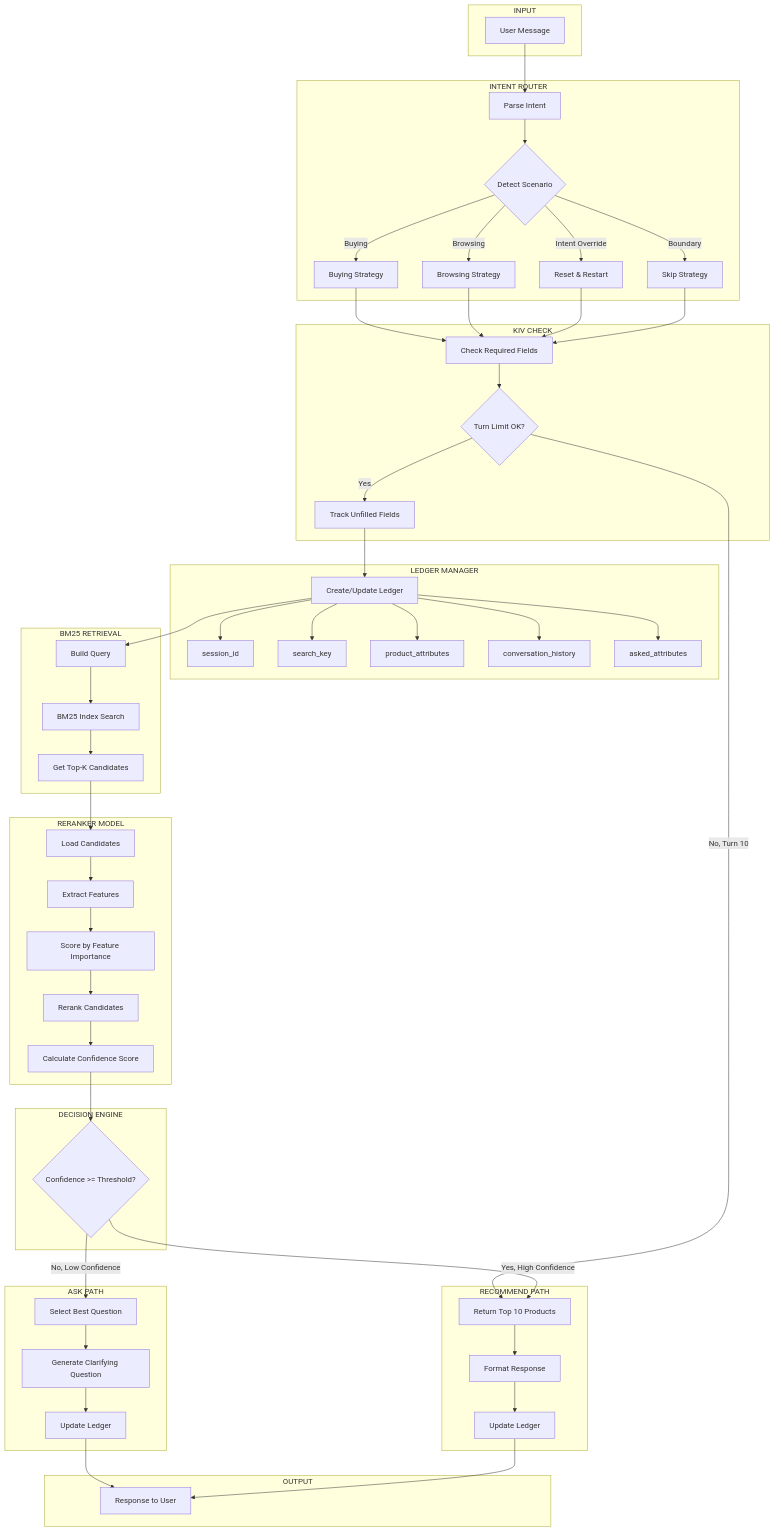
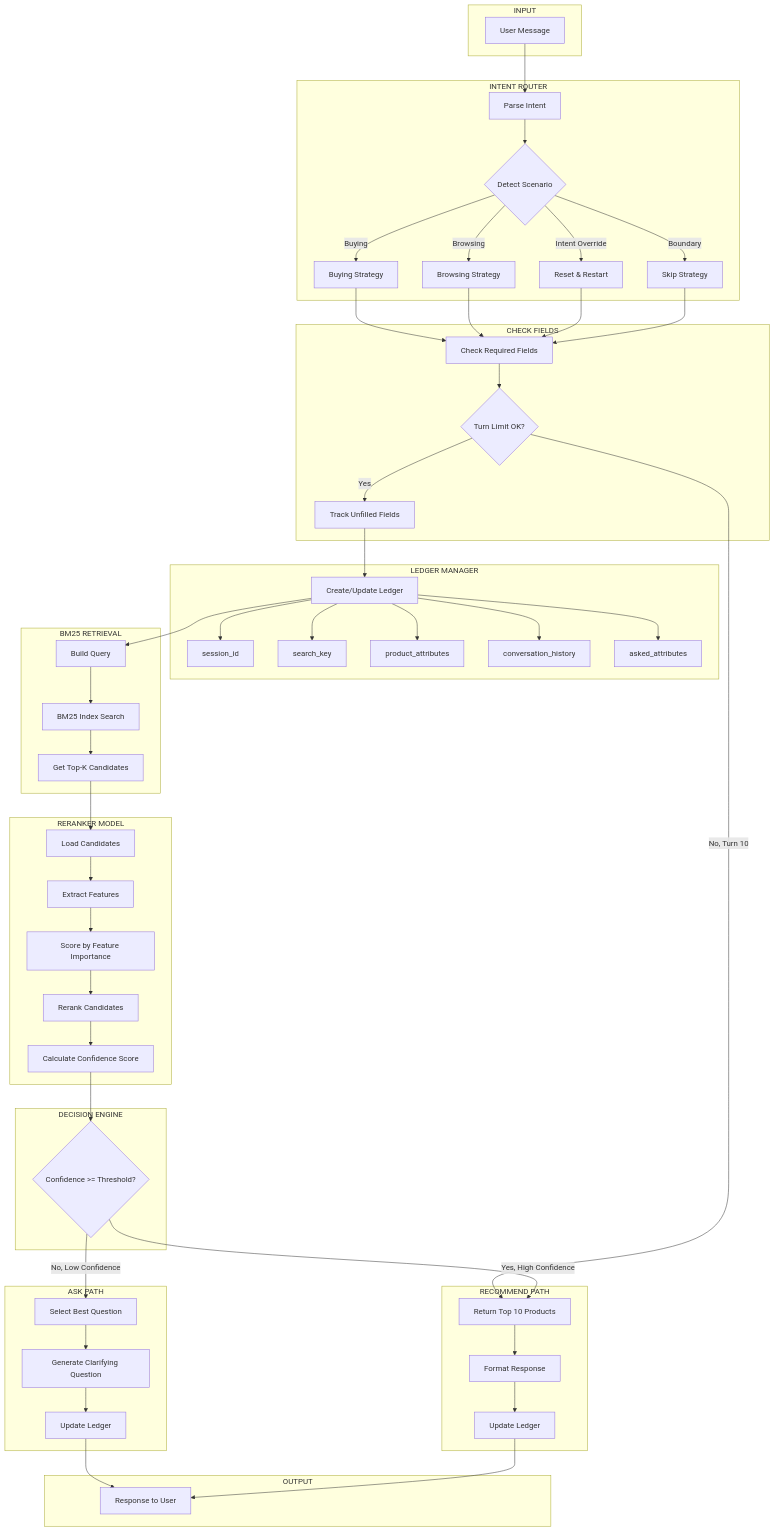
Before and after one commit to glentls/AI-Shopping-Copilot: the first of 5 diagrams in docs/diagrams/architecture.md, drawn with Mermaid. The commit also changed other lines of this file and 3 other files, not shown here.

````diff
--- a/docs/diagrams/architecture.md
+++ b/docs/diagrams/architecture.md
@@ -53,82 +53,82 @@
 ```mermaid
 flowchart TD
     subgraph INPUT
         A[User Message]
     end
 
     subgraph INTENT_ROUTER["INTENT ROUTER"]
         B[Parse Intent]
         B1{Detect Scenario}
         B1 -->|Buying| B2[Buying Strategy]
         B1 -->|Browsing| B3[Browsing Strategy]
         B1 -->|Intent Override| B4[Reset & Restart]
         B1 -->|Boundary| B5[Skip Strategy]
     end
 
-    subgraph KIV_CHECK["KIV CHECK"]
+    subgraph CHECK_FIELDS["CHECK FIELDS"]
         C[Check Required Fields]
         C1{Turn Limit OK?}
         C2[Track Unfilled Fields]
     end
 
     subgraph LEDGER["LEDGER MANAGER"]
         D[Create/Update Ledger]
         D1[session_id]
         D2[search_key]
         D3[product_attributes]
         D4[conversation_history]
         D5[asked_attributes]
     end
 
     subgraph RETRIEVAL["BM25 RETRIEVAL"]
         E[Build Query]
         E1[BM25 Index Search]
         E2[Get Top-K Candidates]
     end
 
     subgraph RERANKER["RERANKER MODEL"]
         F[Load Candidates]
         F1[Extract Features]
         F2[Score by Feature Importance]
         F3[Rerank Candidates]
         F4[Calculate Confidence Score]
     end
 
     subgraph DECISION["DECISION ENGINE"]
         G{Confidence >= Threshold?}
     end
 
     subgraph ASK_PATH["ASK PATH"]
         H[Select Best Question]
         H1[Generate Clarifying Question]
         H2[Update Ledger]
     end
 
     subgraph RECOMMEND_PATH["RECOMMEND PATH"]
         I[Return Top 10 Products]
         I1[Format Response]
         I2[Update Ledger]
     end
 
     subgraph OUTPUT
         J[Response to User]
     end
 
     A --> B
     B --> B1
     B2 & B3 & B4 & B5 --> C
     C --> C1
     C1 -->|Yes| C2
     C1 -->|No, Turn 10| I
     C2 --> D
     D --> D1 & D2 & D3 & D4 & D5
     D --> E
     E --> E1 --> E2
     E2 --> F
     F --> F1 --> F2 --> F3 --> F4
     F4 --> G
     G -->|No, Low Confidence| H
     G -->|Yes, High Confidence| I
     H --> H1 --> H2 --> J
     I --> I1 --> I2 --> J
 ```
````
